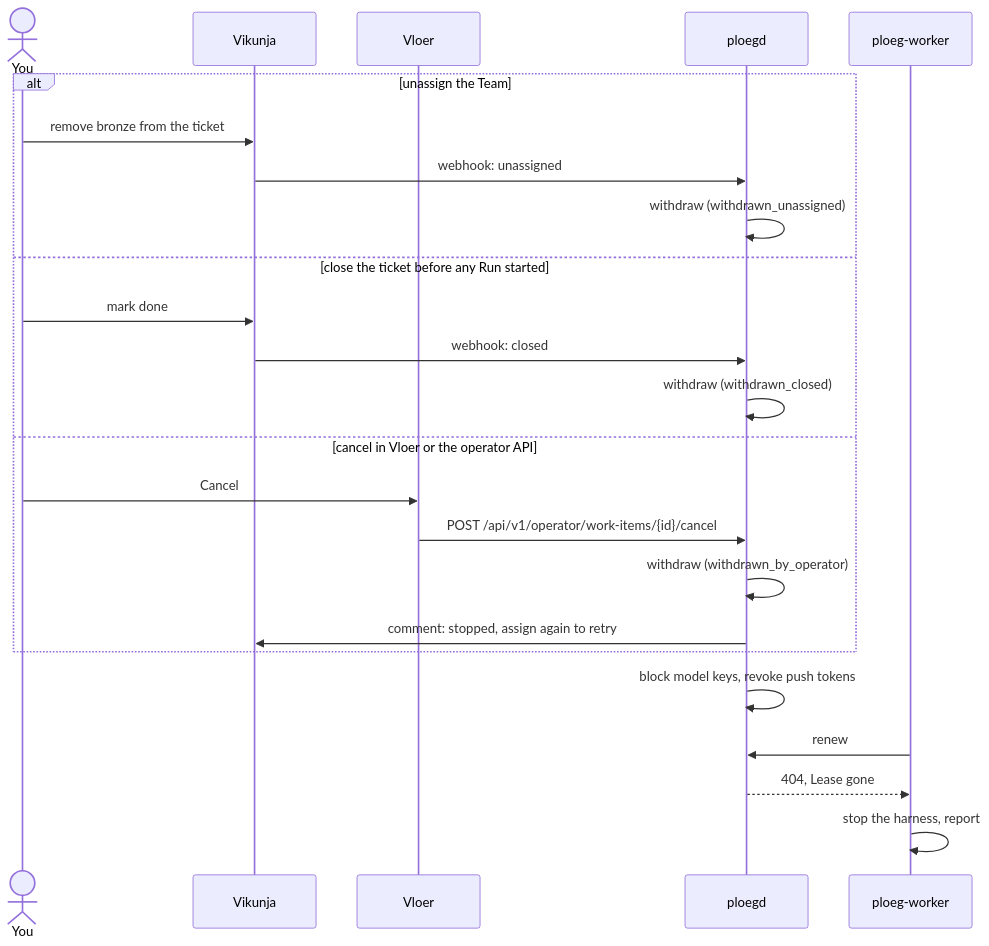
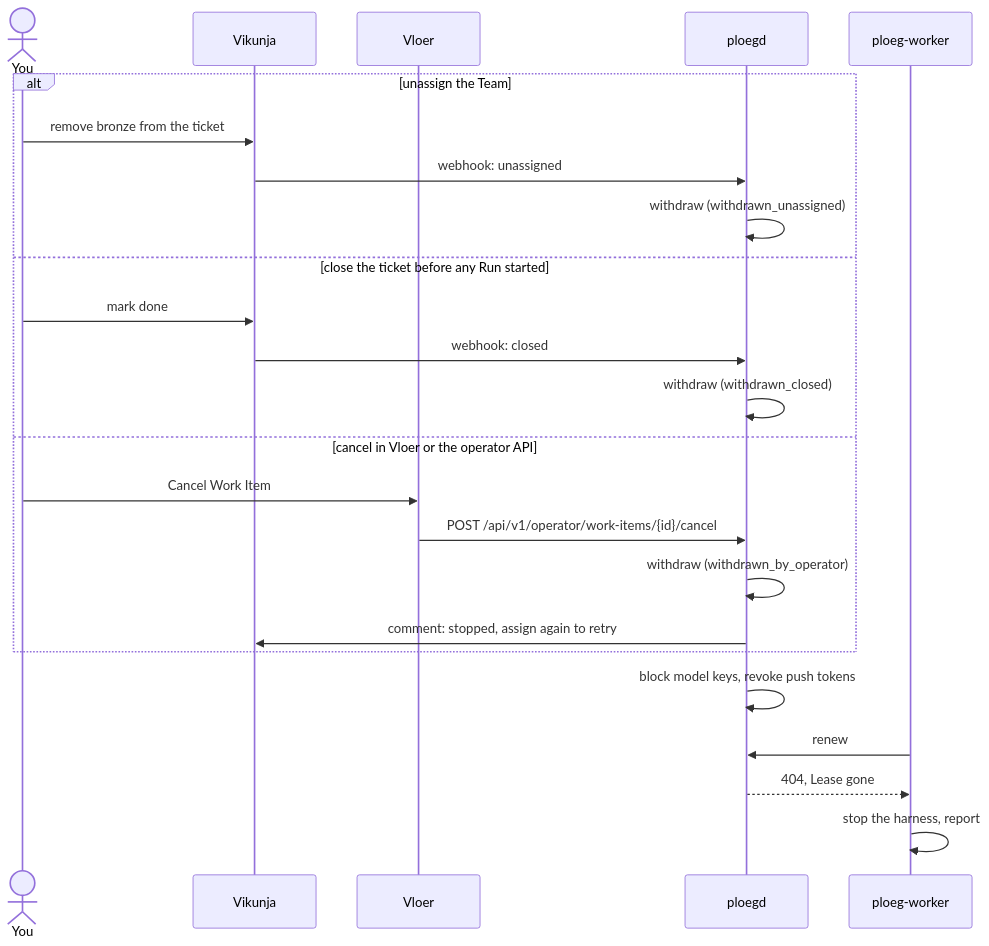
The fourth of 5 diagrams in docs/concepts/journeys.md (webgrip/unfold), drawn with Mermaid before and after one commit. The commit also changed other lines of this file and 6 other files, not shown here.

First line of the commit message:
docs: point the guides at Now, the Ploeg pages and Cancel Work Item

````diff
--- a/docs/concepts/journeys.md
+++ b/docs/concepts/journeys.md
@@ -135,26 +135,26 @@
 ```mermaid
 sequenceDiagram
     actor You
     participant V as Vikunja
     participant VL as Vloer
     participant P as ploegd
     participant W as ploeg-worker
     alt unassign the Team
         You->>V: remove bronze from the ticket
         V->>P: webhook: unassigned
         P->>P: withdraw (withdrawn_unassigned)
     else close the ticket before any Run started
         You->>V: mark done
         V->>P: webhook: closed
         P->>P: withdraw (withdrawn_closed)
     else cancel in Vloer or the operator API
-        You->>VL: Cancel
+        You->>VL: Cancel Work Item
         VL->>P: POST /api/v1/operator/work-items/{id}/cancel
         P->>P: withdraw (withdrawn_by_operator)
         P->>V: comment: stopped, assign again to retry
     end
     P->>P: block model keys, revoke push tokens
     W->>P: renew
     P-->>W: 404, Lease gone
     W->>W: stop the harness, report
 ```
````
